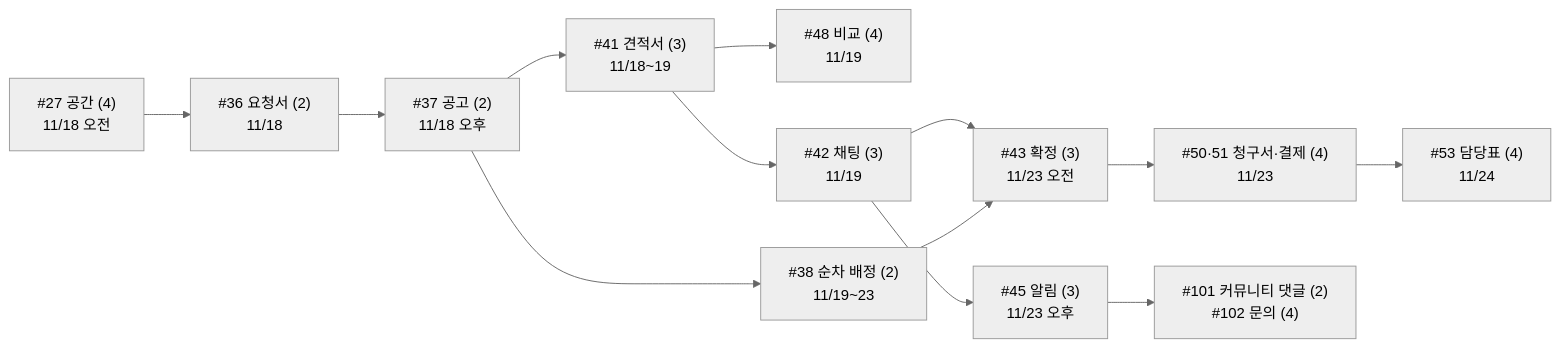
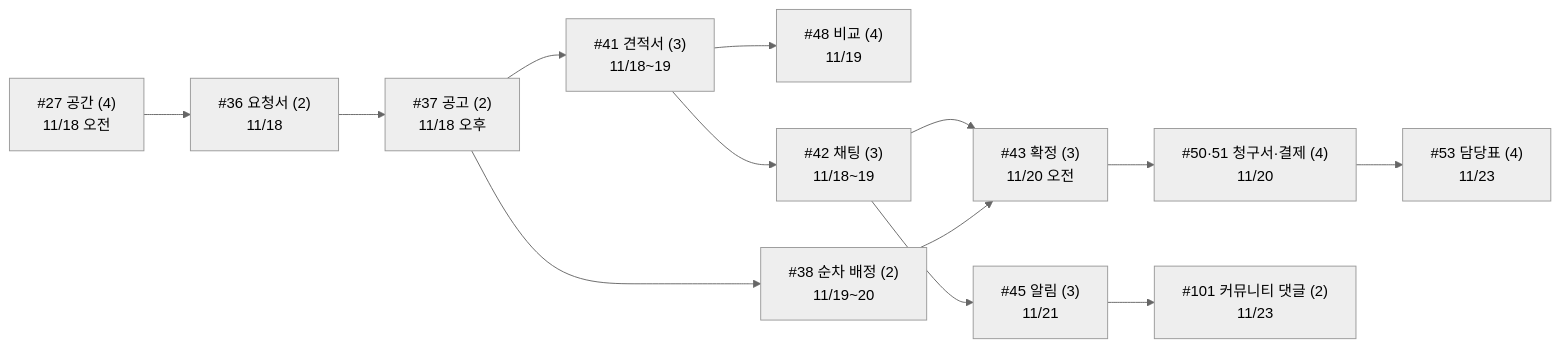
One commit to KHW1003/stage-duck changed the diagram in docs/분업_계획.md. Above: the diagram before and after it, drawn with Mermaid (neutral theme). The commit also changed other lines of this file, not shown here.

````diff
--- a/docs/분업_계획.md
+++ b/docs/분업_계획.md
@@ -266,8 +255,8 @@
 ```mermaid
 flowchart LR
     S["#27 공간 (4)<br/>11/18 오전"] --> A["#36 요청서 (2)<br/>11/18"]
     A --> B["#37 공고 (2)<br/>11/18 오후"] --> C["#41 견적서 (3)<br/>11/18~19"] --> D["#48 비교 (4)<br/>11/19"]
-    C --> E["#42 채팅 (3)<br/>11/19"] --> F["#43 확정 (3)<br/>11/23 오전"] --> G["#50·51 청구서·결제 (4)<br/>11/23"] --> H["#53 담당표 (4)<br/>11/24"]
-    B --> I["#38 순차 배정 (2)<br/>11/19~23"] --> F
-    E --> J["#45 알림 (3)<br/>11/23 오후"] --> K["#101 커뮤니티 댓글 (2)<br/>#102 문의 (4)"]
+    C --> E["#42 채팅 (3)<br/>11/18~19"] --> F["#43 확정 (3)<br/>11/20 오전"] --> G["#50·51 청구서·결제 (4)<br/>11/20"] --> H["#53 담당표 (4)<br/>11/23"]
+    B --> I["#38 순차 배정 (2)<br/>11/19~20"] --> F
+    E --> J["#45 알림 (3)<br/>11/21"] --> K["#101 커뮤니티 댓글 (2)<br/>11/23"]
 ```
````
